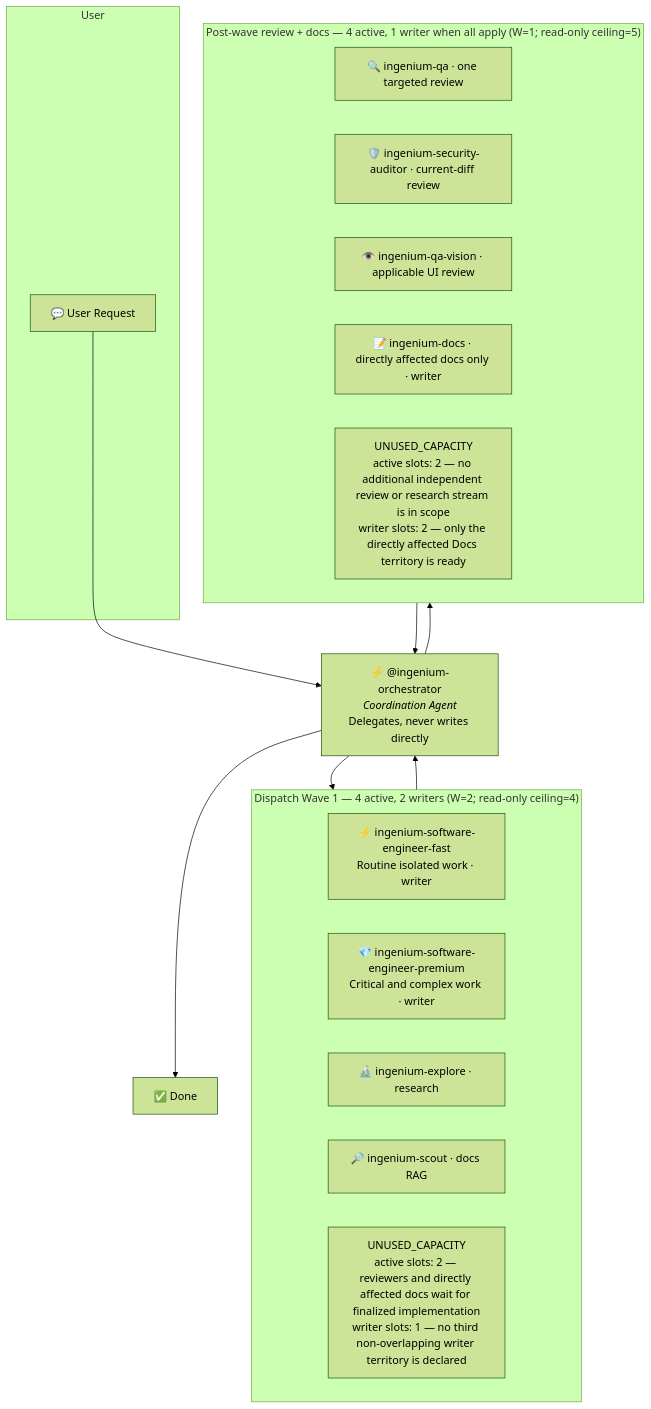
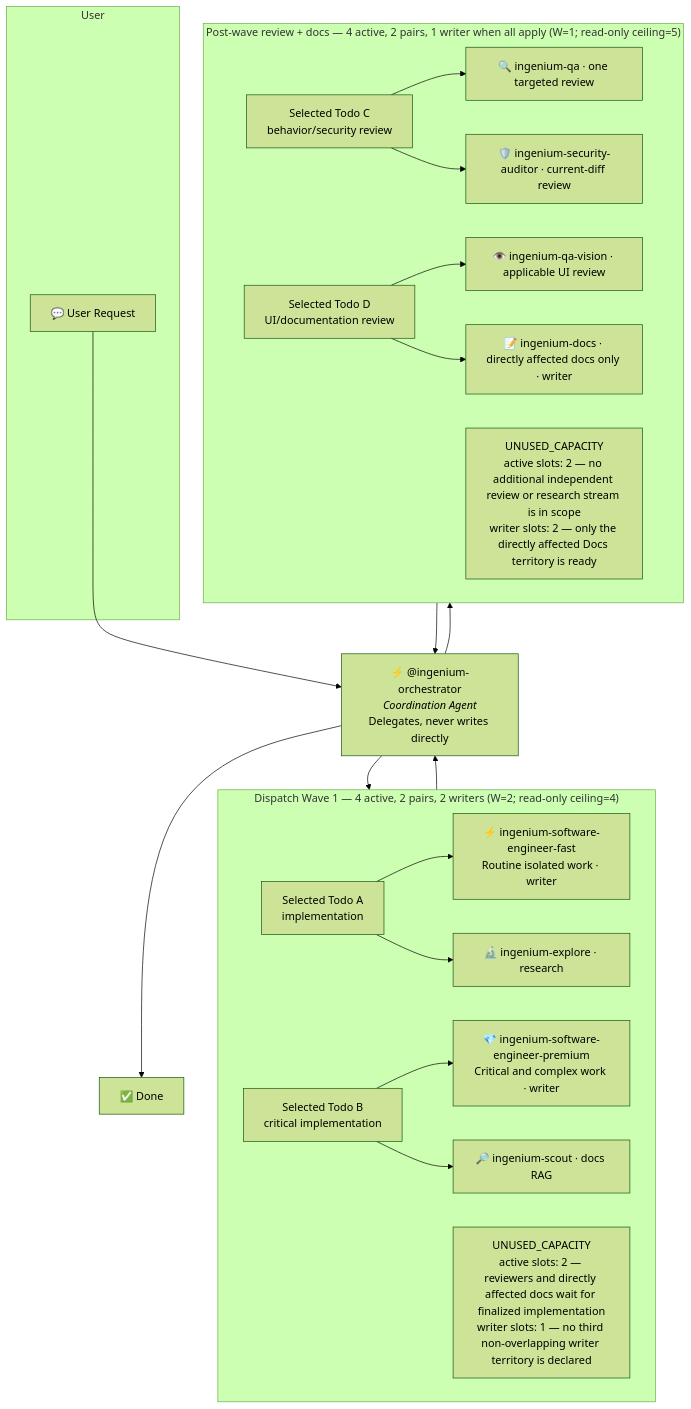
Before and after one commit to jtmb/ingenium: the first of 2 diagrams in docs/configure/agents.md, drawn with Mermaid (forest theme). The commit also changed other lines of this file and 55 other files, not shown here.

````diff
--- a/docs/configure/agents.md
+++ b/docs/configure/agents.md
@@ -97,30 +109,42 @@
 ```mermaid
 flowchart TB
     subgraph User
         REQ["💬 User Request"]
     end
 
     REQ --> ORCH["⚡ @ingenium-orchestrator<br/><i>Coordination Agent</i><br/>Delegates, never writes directly"]
 
-    subgraph Wave1["Dispatch Wave 1 — 4 active, 2 writers (W=2; read-only ceiling=4)"]
+    subgraph Wave1["Dispatch Wave 1 — 4 active, 2 pairs, 2 writers (W=2; read-only ceiling=4)"]
+        T1["Selected Todo A<br/>implementation"]
         FAST["⚡ ingenium-software-engineer-fast<br/>Routine isolated work · writer"]
+        EXPLORE["🔬 ingenium-explore · research"]
+        T2["Selected Todo B<br/>critical implementation"]
         PREM["💎 ingenium-software-engineer-premium<br/>Critical and complex work · writer"]
-        EXPLORE["🔬 ingenium-explore · research"]
         SCOUT["🔎 ingenium-scout · docs RAG"]
+        T1 --> FAST
+        T1 --> EXPLORE
+        T2 --> PREM
+        T2 --> SCOUT
         W1CAP["UNUSED_CAPACITY<br/>active slots: 2 — reviewers and directly affected docs wait for finalized implementation<br/>writer slots: 1 — no third non-overlapping writer territory is declared"]
     end
 
-    subgraph Wave2["Post-wave review + docs — 4 active, 1 writer when all apply (W=1; read-only ceiling=5)"]
+    subgraph Wave2["Post-wave review + docs — 4 active, 2 pairs, 1 writer when all apply (W=1; read-only ceiling=5)"]
+        T3["Selected Todo C<br/>behavior/security review"]
         QA["🔍 ingenium-qa · one targeted review"]
         SECURITY["🛡️ ingenium-security-auditor · current-diff review"]
+        T4["Selected Todo D<br/>UI/documentation review"]
         VISION["👁️ ingenium-qa-vision · applicable UI review"]
         DOCS["📝 ingenium-docs · directly affected docs only · writer"]
+        T3 --> QA
+        T3 --> SECURITY
+        T4 --> VISION
+        T4 --> DOCS
         W2CAP["UNUSED_CAPACITY<br/>active slots: 2 — no additional independent review or research stream is in scope<br/>writer slots: 2 — only the directly affected Docs territory is ready"]
     end
 
     ORCH --> Wave1
     Wave1 --> ORCH
     ORCH --> Wave2
     Wave2 --> ORCH
     ORCH --> DONE["✅ Done"]
 ```
````
